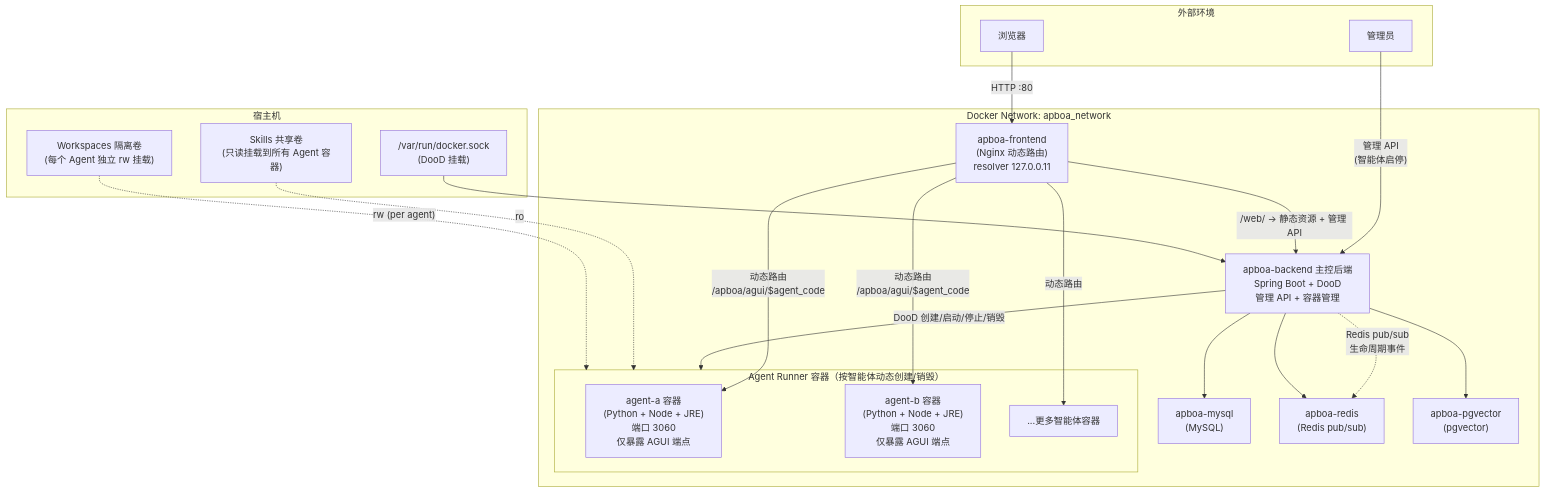
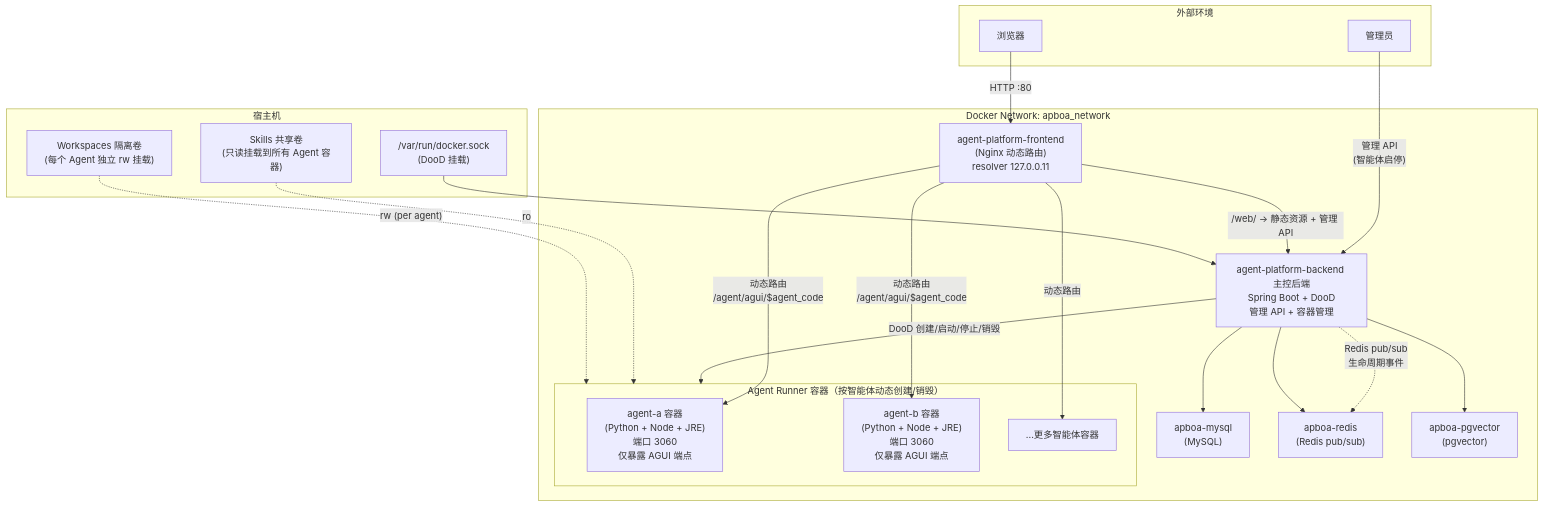
One commit to frankrich92/agent-platform changed the fifth of 5 diagrams in source/agent-platform-ui/src/doc/content/build-doc/index.md. Above: the diagram before and after it, drawn with Mermaid. The commit also changed other lines of this file and 11 other files, not shown here.

````diff
--- a/source/agent-platform-ui/src/doc/content/build-doc/index.md
+++ b/source/agent-platform-ui/src/doc/content/build-doc/index.md
@@ -453,46 +453,46 @@
 ```mermaid
 graph TD
     subgraph External["外部环境"]
         Browser["浏览器"]
         Admin["管理员"]
     end
 
     subgraph DockerNetwork["Docker Network: apboa_network"]
-        Nginx["apboa-frontend\n(Nginx 动态路由)\nresolver 127.0.0.11"]
+        Nginx["agent-platform-frontend\n(Nginx 动态路由)\nresolver 127.0.0.11"]
 
-        Backend["apboa-backend 主控后端\nSpring Boot + DooD\n管理 API + 容器管理"]
+        Backend["agent-platform-backend 主控后端\nSpring Boot + DooD\n管理 API + 容器管理"]
 
         MySQL["apboa-mysql\n(MySQL)"]
         Redis["apboa-redis\n(Redis pub/sub)"]
         Pgvector["apboa-pgvector\n(pgvector)"]
 
         subgraph AgentContainers["Agent Runner 容器（按智能体动态创建/销毁）"]
             AgentA["agent-a 容器\n(Python + Node + JRE)\n端口 3060\n仅暴露 AGUI 端点"]
             AgentB["agent-b 容器\n(Python + Node + JRE)\n端口 3060\n仅暴露 AGUI 端点"]
             AgentC["...更多智能体容器"]
         end
     end
 
     subgraph Host["宿主机"]
         DockerSocket["/var/run/docker.sock\n(DooD 挂载)"]
         SkillsVol["Skills 共享卷\n(只读挂载到所有 Agent 容器)"]
         WorkspacesVol["Workspaces 隔离卷\n(每个 Agent 独立 rw 挂载)"]
     end
 
     Admin -->|"管理 API\n(智能体启停)"| Backend
     Browser -->|"HTTP :80"| Nginx
     Nginx -->|"/web/ → 静态资源 + 管理 API"| Backend
-    Nginx -->|"动态路由\n/apboa/agui/$agent_code"| AgentA
-    Nginx -->|"动态路由\n/apboa/agui/$agent_code"| AgentB
+    Nginx -->|"动态路由\n/agent/agui/$agent_code"| AgentA
+    Nginx -->|"动态路由\n/agent/agui/$agent_code"| AgentB
     Nginx -->|"动态路由"| AgentC
 
     Backend -->|"DooD 创建/启动/停止/销毁"| AgentContainers
     Backend -.->|"Redis pub/sub\n生命周期事件"| Redis
     Backend --> MySQL
     Backend --> Redis
     Backend --> Pgvector
 
     DockerSocket --> Backend
     SkillsVol -.->|"ro"| AgentContainers
     WorkspacesVol -.->|"rw (per agent)"| AgentContainers
 ```
````
